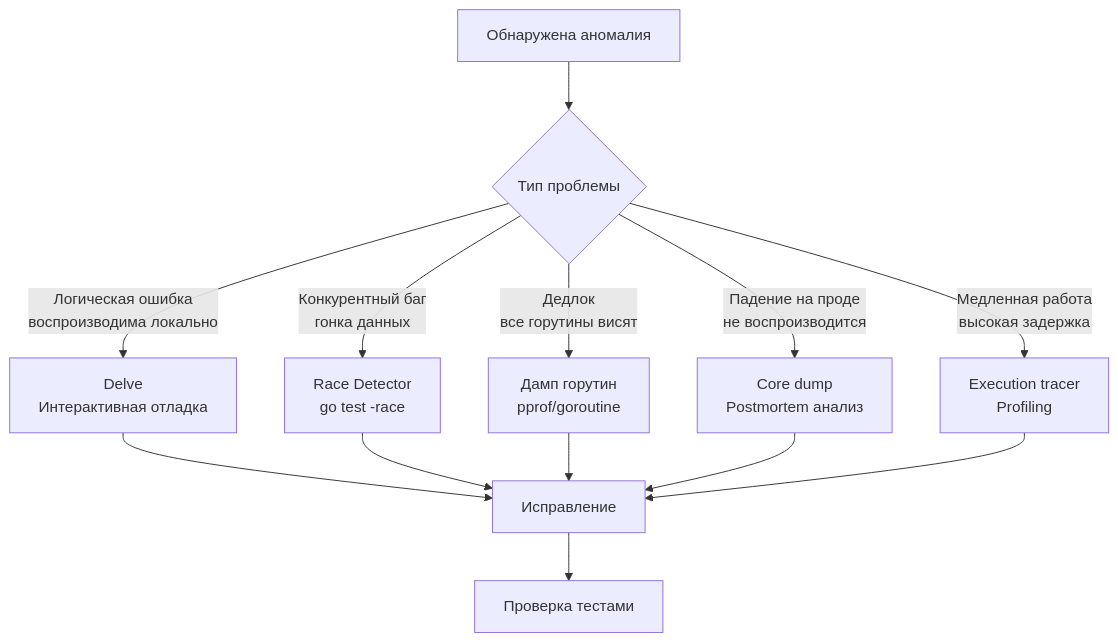
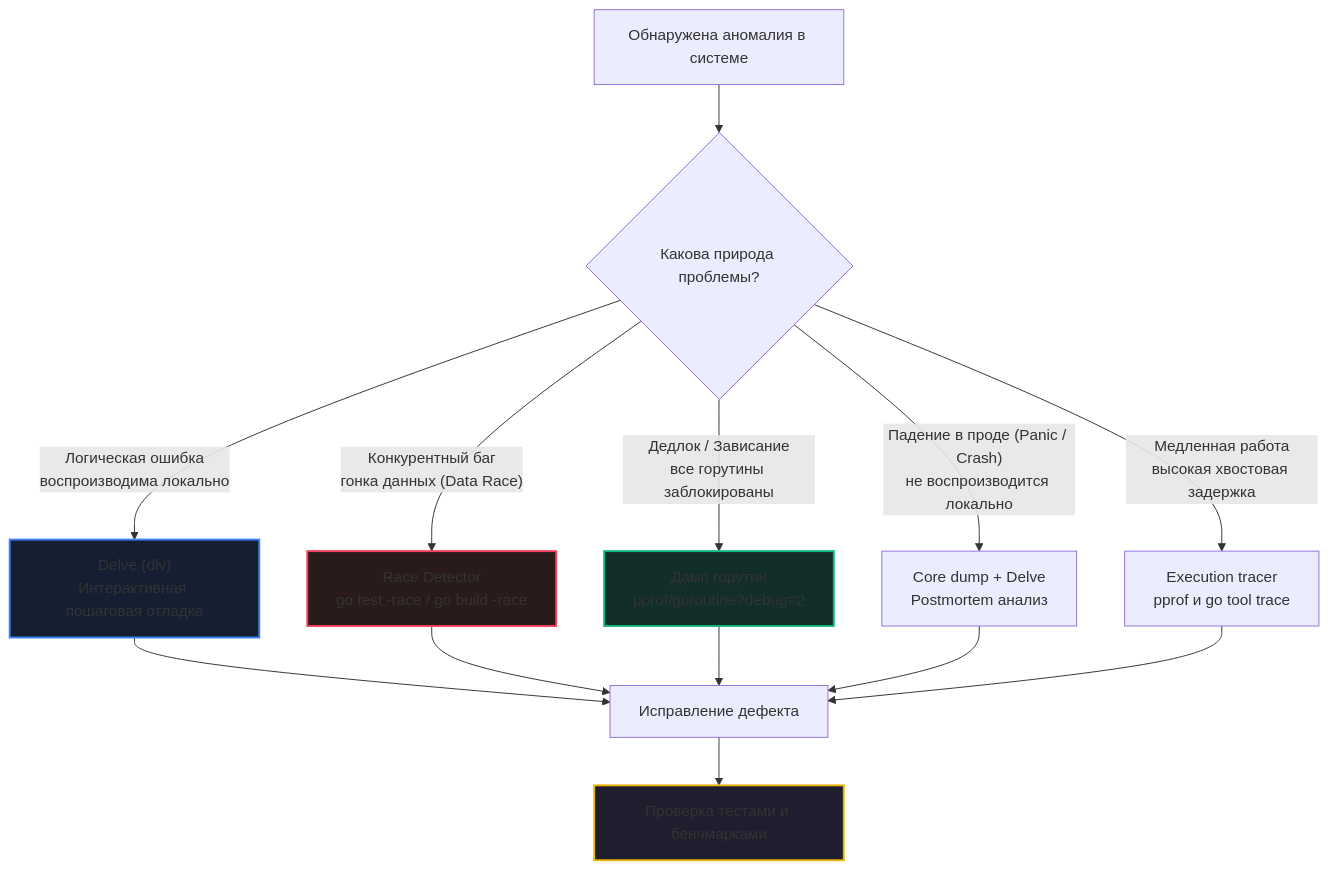
The second of 2 diagrams in sources/16. Профилирование, отладка и производительность/11. Debugging/1. Debugging в Go.md (UnrealTemplier/go-textbook), drawn with Mermaid before and after one commit. The commit also changed other lines of this file, not shown here.

````diff
--- a/sources/16. Профилирование, отладка и производительность/11. Debugging/1. Debugging в Go.md
+++ b/sources/16. Профилирование, отладка и производительность/11. Debugging/1. Debugging в Go.md
@@ -75,15 +52,22 @@
 ```mermaid
 flowchart TD
-    Bug["Обнаружена аномалия"] --> Type{"Тип проблемы"}
-    Type -- "Логическая ошибка<br>воспроизводима локально" --> Delve["Delve<br>Интерактивная отладка"]
-    Type -- "Конкурентный баг<br>гонка данных" --> Race["Race Detector<br>go test -race"]
-    Type -- "Дедлок<br>все горутины висят" --> Dump["Дамп горутин<br>pprof/goroutine"]
-    Type -- "Падение на проде<br>не воспроизводится" --> Core["Core dump<br>Postmortem анализ"]
-    Type -- "Медленная работа<br>высокая задержка" --> Trace["Execution tracer<br>Profiling"]
-    Delve --> Fix["Исправление"]
+    Bug["Обнаружена аномалия в системе"] --> Type{"Какова природа проблемы?"}
+    
+    Type -- "Логическая ошибка<br>воспроизводима локально" --> Delve["Delve (dlv)<br>Интерактивная пошаговая отладка"]
+    Type -- "Конкурентный баг<br>гонка данных (Data Race)" --> Race["Race Detector<br>go test -race / go build -race"]
+    Type -- "Дедлок / Зависание<br>все горутины заблокированы" --> Dump["Дамп горутин<br>pprof/goroutine?debug=2"]
+    Type -- "Падение в проде (Panic / Crash)<br>не воспроизводится локально" --> Core["Core dump + Delve<br>Postmortem анализ"]
+    Type -- "Медленная работа<br>высокая хвостовая задержка" --> Trace["Execution tracer<br>pprof и go tool trace"]
+    
+    Delve --> Fix["Исправление дефекта"]
     Race --> Fix
     Dump --> Fix
     Core --> Fix
     Trace --> Fix
-    Fix --> Verify["Проверка тестами"]
+    Fix --> Verify["Проверка тестами и бенчмарками"]
+    
+    style Delve fill:#161e31,stroke:#3b82f6,stroke-width:2px
+    style Race fill:#2a1b1b,stroke:#f43f5e,stroke-width:2px
+    style Dump fill:#132d29,stroke:#10b981,stroke-width:2px
+    style Verify fill:#1e1e2f,stroke:#eab308,stroke-width:2px
 ```
````
